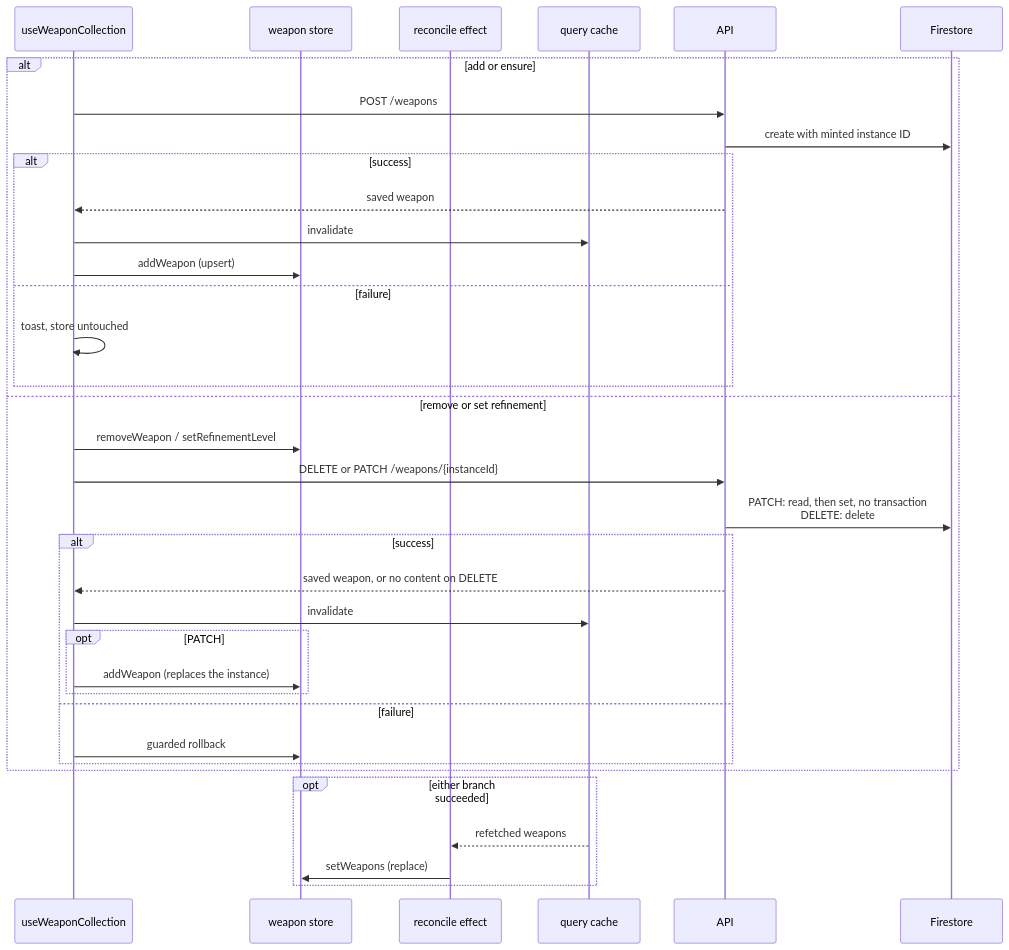
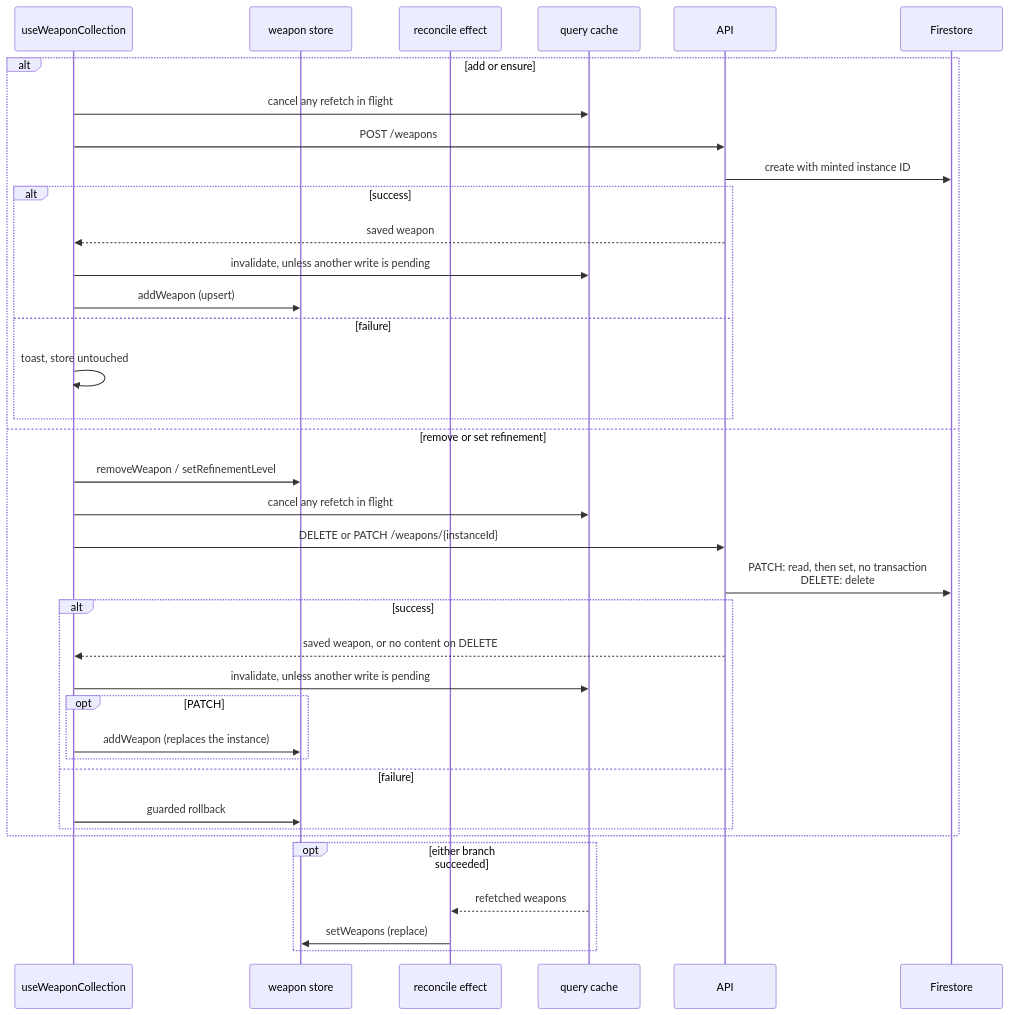
One commit to dungeon-studio/genshin.dungeon.studio changed the second of 4 diagrams in docs/reference/data-flow-write-paths.md. Above: the diagram before and after it, drawn with Mermaid. The commit also changed other lines of this file and 10 other files, not shown here.

````diff
--- a/docs/reference/data-flow-write-paths.md
+++ b/docs/reference/data-flow-write-paths.md
@@ -86,38 +94,40 @@
 ```mermaid
 sequenceDiagram
   participant Hook as useWeaponCollection
   participant Store as weapon store
   participant Reconcile as reconcile effect
   participant Cache as query cache
   participant API as API
   participant FS as Firestore
 
   alt add or ensure
+    Hook->>Cache: cancel any refetch in flight
     Hook->>API: POST /weapons
     API->>FS: create with minted instance ID
     alt success
       API-->>Hook: saved weapon
-      Hook->>Cache: invalidate
+      Hook->>Cache: invalidate, unless another write is pending
       Hook->>Store: addWeapon (upsert)
     else failure
       Hook->>Hook: toast, store untouched
     end
   else remove or set refinement
     Hook->>Store: removeWeapon / setRefinementLevel
+    Hook->>Cache: cancel any refetch in flight
     Hook->>API: DELETE or PATCH /weapons/{instanceId}
     API->>FS: PATCH: read, then set, no transaction<br>DELETE: delete
     alt success
       API-->>Hook: saved weapon, or no content on DELETE
-      Hook->>Cache: invalidate
+      Hook->>Cache: invalidate, unless another write is pending
       opt PATCH
         Hook->>Store: addWeapon (replaces the instance)
       end
     else failure
       Hook->>Store: guarded rollback
     end
   end
   opt either branch succeeded
     Cache-->>Reconcile: refetched weapons
     Reconcile->>Store: setWeapons (replace)
   end
 ```
````
